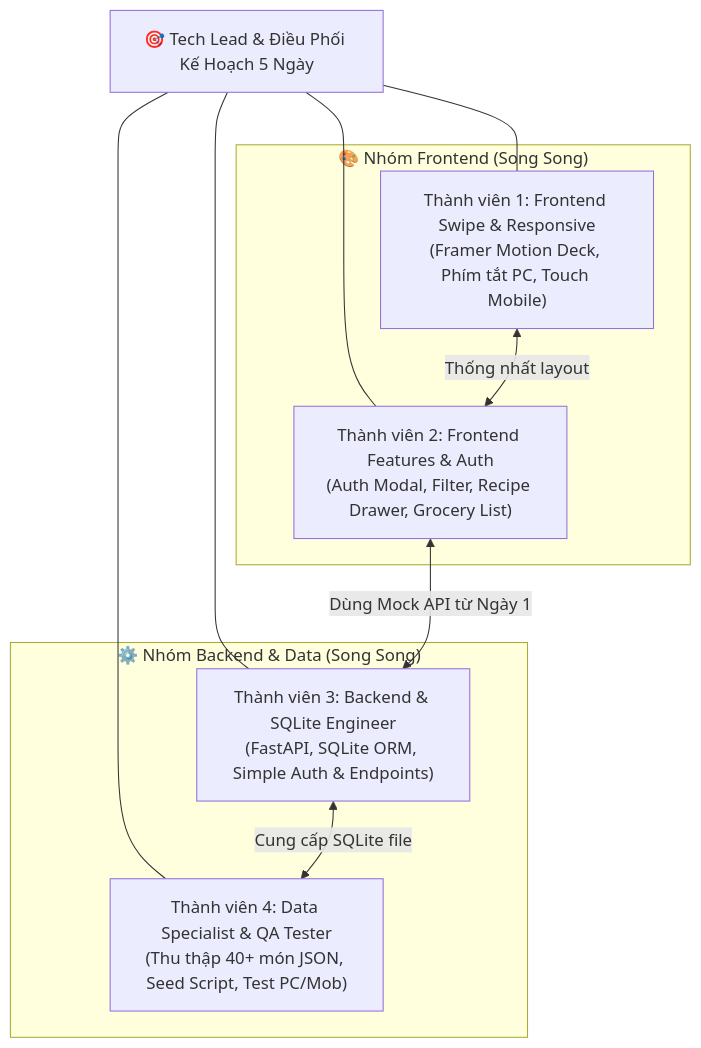
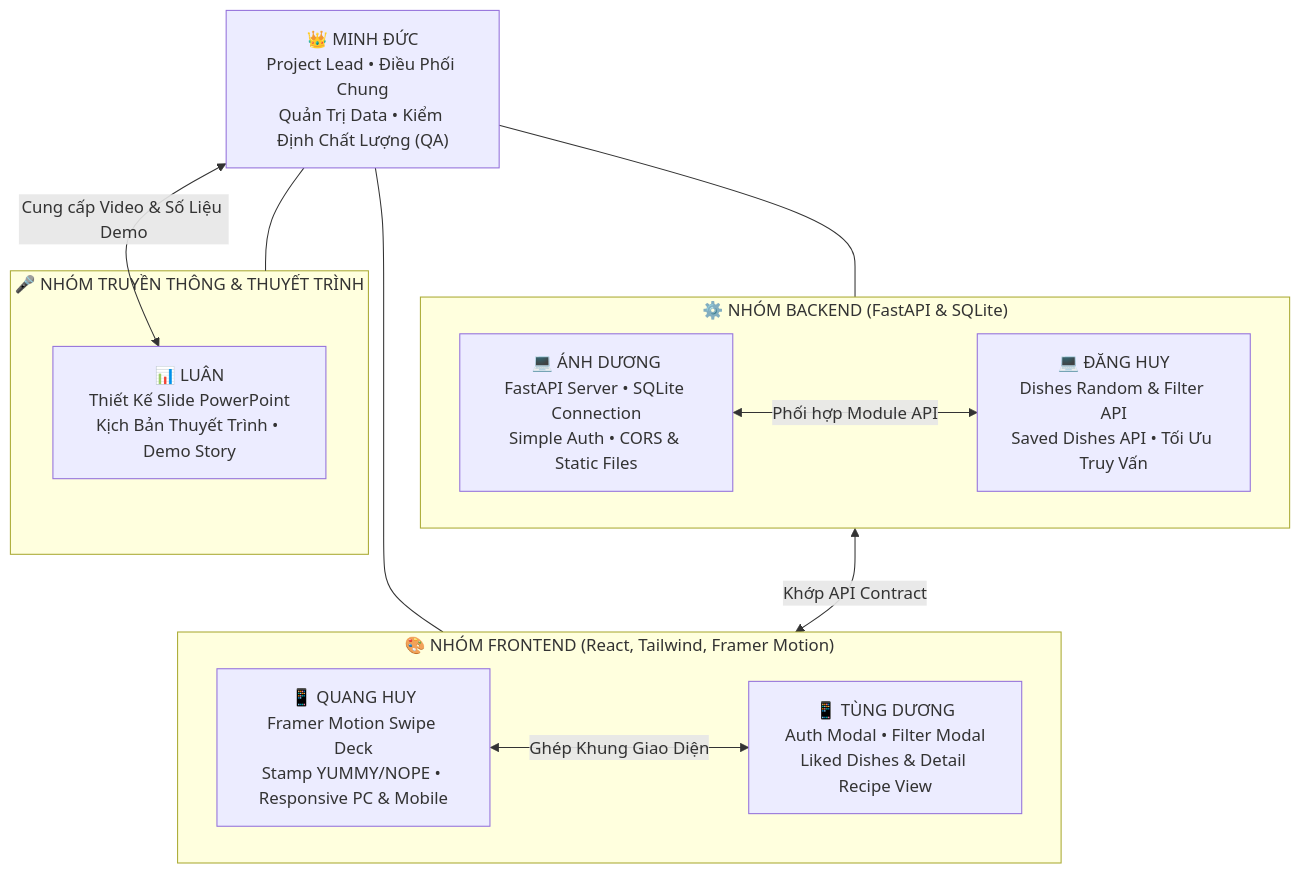
One commit to snowwminhduc1212/YumYumPick changed the diagram in docs/04_TEAM_ROLES_AND_RACI.md. Above: the diagram before and after it, drawn with Mermaid. The commit also changed other lines of this file and 9 other files, not shown here.

````diff
--- a/docs/04_TEAM_ROLES_AND_RACI.md
+++ b/docs/04_TEAM_ROLES_AND_RACI.md
@@ -9,23 +9,27 @@
 ```mermaid
 flowchart TD
-    Lead["🎯 Tech Lead & Điều Phối Kế Hoạch 5 Ngày"]
+    Lead["👑 MINH ĐỨC\nProject Lead • Điều Phối Chung\nQuản Trị Data • Kiểm Định Chất Lượng (QA)"]
 
-    subgraph GuildFE["🎨 Nhóm Frontend (Song Song)"]
-        FE1["Thành viên 1: Frontend Swipe & Responsive\n(Framer Motion Deck, Phím tắt PC, Touch Mobile)"]
-        FE2["Thành viên 2: Frontend Features & Auth\n(Auth Modal, Filter, Recipe Drawer, Grocery List)"]
+    subgraph GuildBE["⚙️ NHÓM BACKEND (FastAPI & SQLite)"]
+        BE1["💻 ÁNH DƯƠNG\nFastAPI Server • SQLite Connection\nSimple Auth • CORS & Static Files"]
+        BE2["💻 ĐĂNG HUY\nDishes Random & Filter API\nSaved Dishes API • Tối Ưu Truy Vấn"]
     end
 
-    subgraph GuildBE["⚙️ Nhóm Backend & Data (Song Song)"]
-        BE["Thành viên 3: Backend & SQLite Engineer\n(FastAPI, SQLite ORM, Simple Auth & Endpoints)"]
-        DATA["Thành viên 4: Data Specialist & QA Tester\n(Thu thập 40+ món JSON, Seed Script, Test PC/Mob)"]
+    subgraph GuildFE["🎨 NHÓM FRONTEND (React, Tailwind, Framer Motion)"]
+        FE1["📱 QUANG HUY\nFramer Motion Swipe Deck\nStamp YUMMY/NOPE • Responsive PC & Mobile"]
+        FE2["📱 TÙNG DƯƠNG\nAuth Modal • Filter Modal\nLiked Dishes & Detail Recipe View"]
     end
 
-    Lead --- FE1
-    Lead --- FE2
-    Lead --- BE
-    Lead --- DATA
+    subgraph GuildPitch["🎤 NHÓM TRUYỀN THÔNG & THUYẾT TRÌNH"]
+        PITCH["📊 LUÂN\nThiết Kế Slide PowerPoint\nKịch Bản Thuyết Trình • Demo Story"]
+    end
 
-    FE1 <-->|Thống nhất layout| FE2
-    FE2 <-->|Dùng Mock API từ Ngày 1| BE
-    BE <-->|Cung cấp SQLite file| DATA
+    Lead --- GuildBE
+    Lead --- GuildFE
+    Lead --- GuildPitch
+
+    BE1 <-->|Phối hợp Module API| BE2
+    FE1 <-->|Ghép Khung Giao Diện| FE2
+    GuildBE <-->|Khớp API Contract| GuildFE
+    Lead <-->|Cung cấp Video & Số Liệu Demo| PITCH
 ```
````
